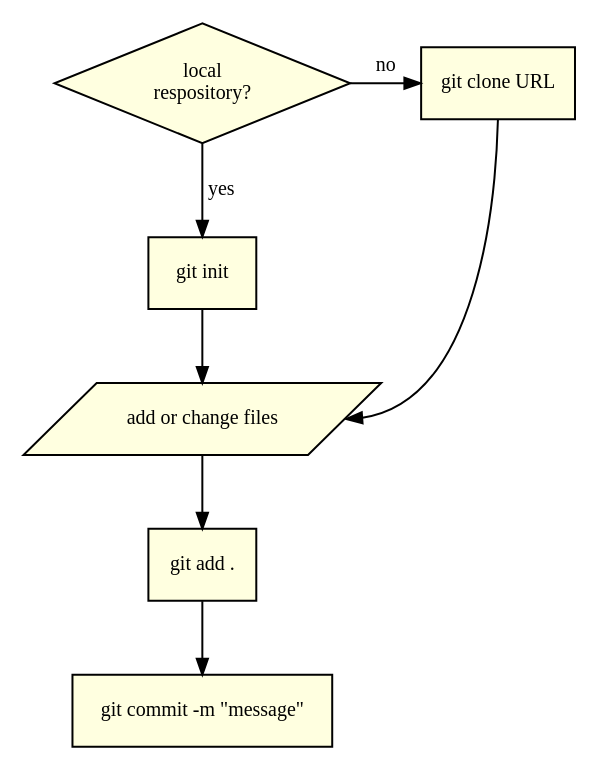
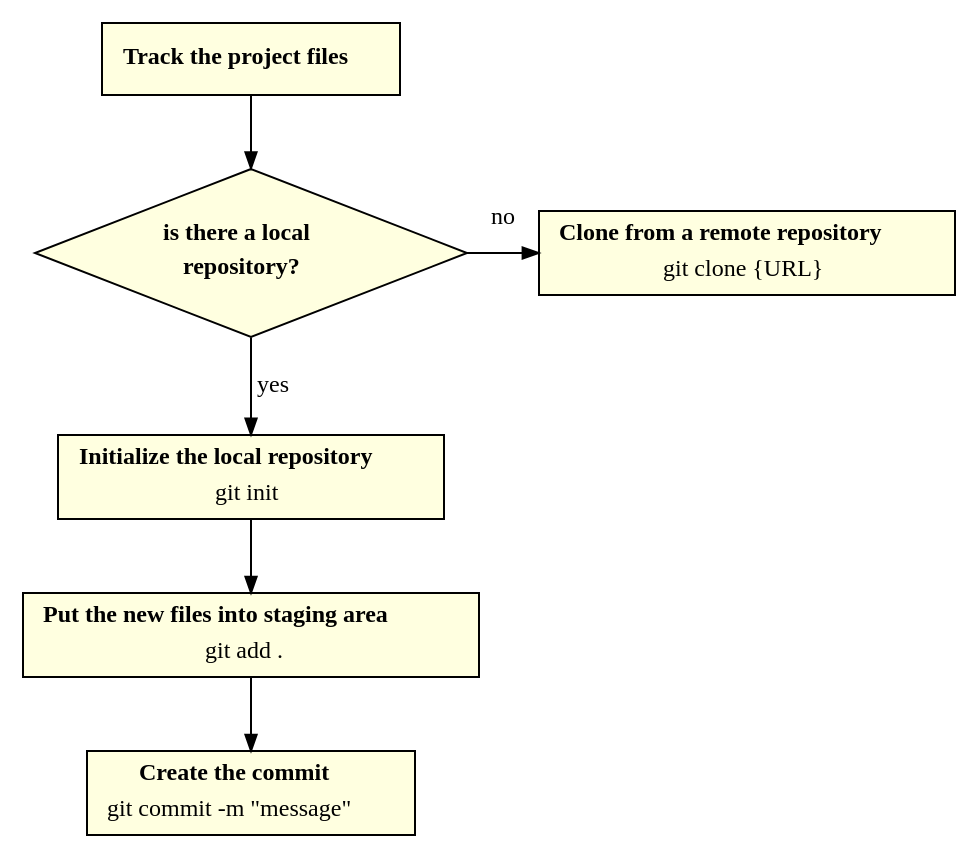
Before and after one commit to fabriciofx/gitflowchart: the diagram in flowchart/init-workflow.gv, drawn with Graphviz.

Commit message:
improve common-workflow design

```diff
--- a/flowchart/init-workflow.gv
+++ b/flowchart/init-workflow.gv
@@ -1,35 +1,79 @@
 digraph initworkflow {
+    splines = line;
+
     edge [
         arrowsize = 0.8,
         fontname = "Verdana",
-        fontsize = 10
-    ];
+        fontsize = 12
+    ]
 
     node [
         shape = rect,
         style = filled,
         fillcolor = lightyellow,
         fontname = "Verdana",
-        fontsize = 10
-    ];
+        fontsize = 12
+    ]
+
+    track_files [
+        label = <
+            <table border="0" cellborder="0" cellspacing="0">
+            <tr><td><b>Track the project files</b></td></tr>
+            </table>
+        >
+    ]
 
     // decisions
-    local_repository [shape = diamond, label = "local\nrespository?"]
-
-    // actions
-    add_or_change[shape = parallelogram, label = "add or change files"]
+    local_repository [
+        shape = diamond,
+        label = <
+            <table border="0" cellborder="0" cellspacing="0">
+            <tr><td><b>is there a local</b></td></tr>
+            <tr><td><b>repository?</b></td></tr>
+            </table>
+        >
+    ]
 
     // commands
-    git_init [label = "git init"]
-    git_add [label = "git add ."]
-    git_commit [label = "git commit -m \"message\""]
-    git_clone [label = "git clone URL"]
+    git_init [
+        label = <
+            <table border="0" cellborder="0" cellspacing="0">
+            <tr><td><b>Initialize the local repository</b></td></tr>
+            <tr><td>git init</td></tr>
+            </table>
+        >
+    ]
+    git_add [
+        label = <
+            <table border="0" cellborder="0" cellspacing="0">
+            <tr><td><b>Put the new files into staging area</b></td></tr>
+            <tr><td>git add .</td></tr>
+            </table>
+        >
+    ]
+    git_commit [
+        label = <
+            <table border="0" cellborder="0" cellspacing="0">
+            <tr><td><b>Create the commit</b></td></tr>
+            <tr><td>git commit -m "message"</td></tr>
+            </table>
+        >
+    ]
+    git_clone [
+        label = <
+            <table border="0" cellborder="0" cellspacing="0">
+            <tr><td><b>Clone from a remote repository</b></td></tr>
+            <tr><td>git clone {URL}</td></tr>
+            </table>
+        >
+    ]
 
     // relations
+    track_files -> local_repository
     local_repository -> git_init[label = " yes"]
-    local_repository -> git_clone[label = "no", constraint = false]
-    git_init -> add_or_change
-    add_or_change -> git_add
+    local_repository:e -> git_clone[label = "no", constraint = false]
+    {rank = same; local_repository; git_clone; }
+    git_init -> git_add
     git_add -> git_commit
-    git_clone -> add_or_change:e[constraint = false]
+
 }
```
